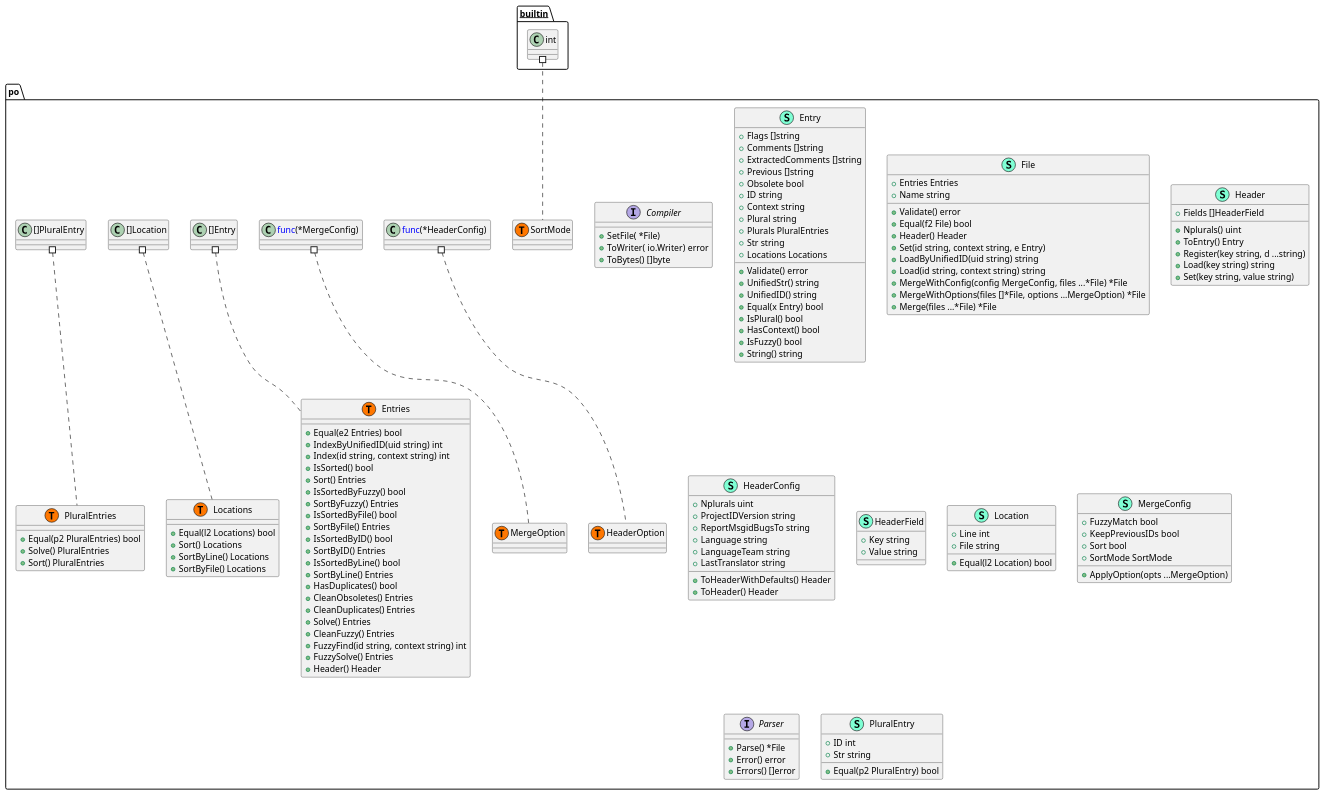
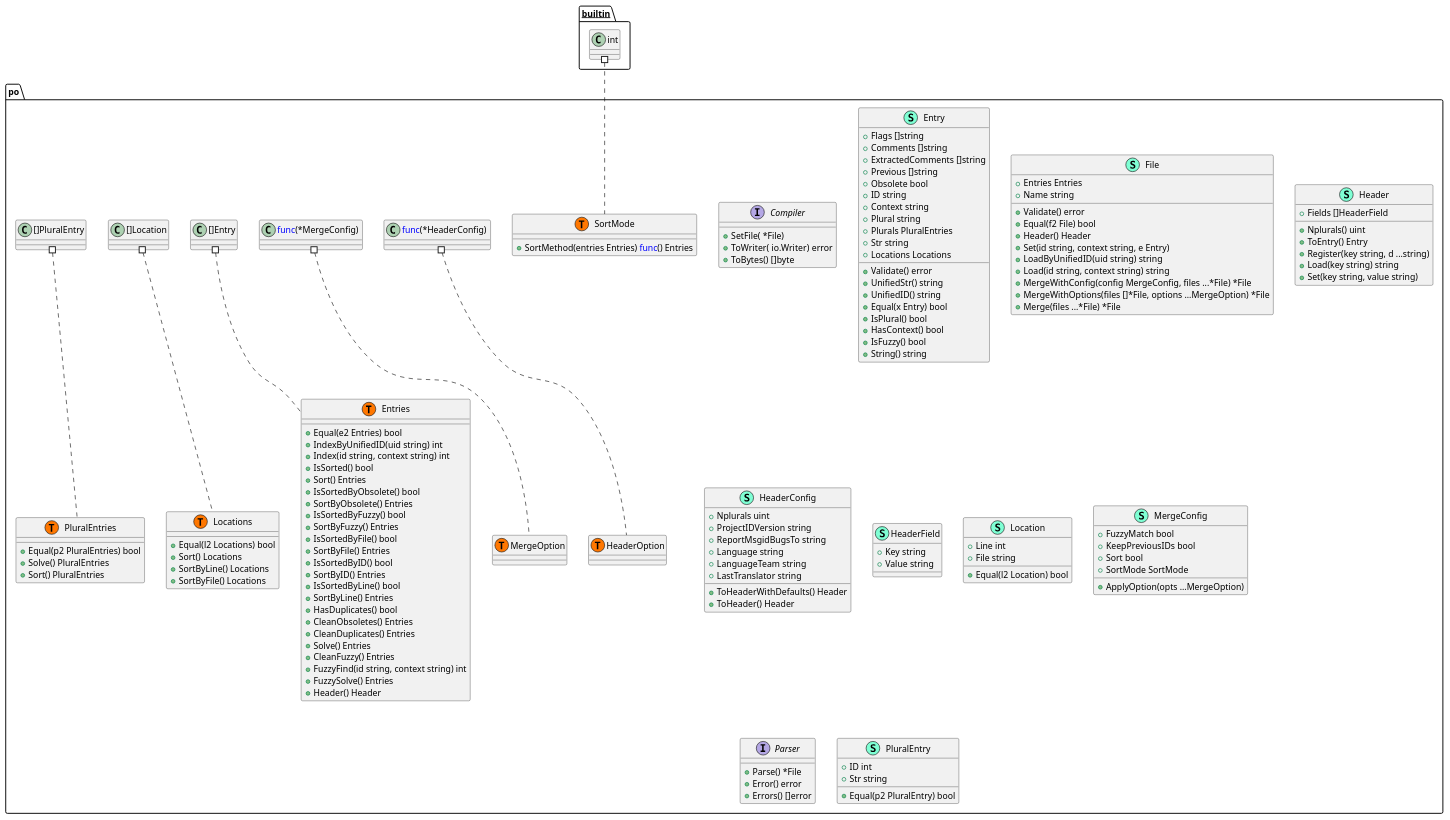
One commit to Tom5521/gotext-tools changed the diagram in pkg/po/structure.puml. Above: the diagram before and after it, drawn with PlantUML. The commit also changed 3 other files, not shown here.

Commit message:
docs: Update UML files

```diff
--- a/pkg/po/structure.puml
+++ b/pkg/po/structure.puml
@@ -1,161 +1,167 @@
 @startuml
 namespace po {
     interface Compiler  {
         + SetFile( *File) 
         + ToWriter( io.Writer) error
         + ToBytes() []byte
 
     }
     class Entries << (S,Aquamarine) >> {
         + Equal(e2 Entries) bool
         + IndexByUnifiedID(uid string) int
         + Index(id string, context string) int
         + IsSorted() bool
         + Sort() Entries
+        + IsSortedByObsolete() bool
+        + SortByObsolete() Entries
         + IsSortedByFuzzy() bool
         + SortByFuzzy() Entries
         + IsSortedByFile() bool
         + SortByFile() Entries
         + IsSortedByID() bool
         + SortByID() Entries
         + IsSortedByLine() bool
         + SortByLine() Entries
         + HasDuplicates() bool
         + CleanObsoletes() Entries
         + CleanDuplicates() Entries
         + Solve() Entries
         + CleanFuzzy() Entries
         + FuzzyFind(id string, context string) int
         + FuzzySolve() Entries
         + Header() Header
 
     }
     class Entry << (S,Aquamarine) >> {
         + Flags []string
         + Comments []string
         + ExtractedComments []string
         + Previous []string
         + Obsolete bool
         + ID string
         + Context string
         + Plural string
         + Plurals PluralEntries
         + Str string
         + Locations Locations
 
         + Validate() error
         + UnifiedStr() string
         + UnifiedID() string
         + Equal(x Entry) bool
         + IsPlural() bool
         + HasContext() bool
         + IsFuzzy() bool
         + String() string
 
     }
     class File << (S,Aquamarine) >> {
         + Entries Entries
         + Name string
 
         + Validate() error
         + Equal(f2 File) bool
         + Header() Header
         + Set(id string, context string, e Entry) 
         + LoadByUnifiedID(uid string) string
         + Load(id string, context string) string
         + MergeWithConfig(config MergeConfig, files ...*File) *File
         + MergeWithOptions(files []*File, options ...MergeOption) *File
         + Merge(files ...*File) *File
 
     }
     class Header << (S,Aquamarine) >> {
         + Fields []HeaderField
 
         + Nplurals() uint
         + ToEntry() Entry
         + Register(key string, d ...string) 
         + Load(key string) string
         + Set(key string, value string) 
 
     }
     class HeaderConfig << (S,Aquamarine) >> {
         + Nplurals uint
         + ProjectIDVersion string
         + ReportMsgidBugsTo string
         + Language string
         + LanguageTeam string
         + LastTranslator string
 
         + ToHeaderWithDefaults() Header
         + ToHeader() Header
 
     }
     class HeaderField << (S,Aquamarine) >> {
         + Key string
         + Value string
 
     }
     class Location << (S,Aquamarine) >> {
         + Line int
         + File string
 
         + Equal(l2 Location) bool
 
     }
     class Locations << (S,Aquamarine) >> {
         + Equal(l2 Locations) bool
         + Sort() Locations
         + SortByLine() Locations
         + SortByFile() Locations
 
     }
     class MergeConfig << (S,Aquamarine) >> {
         + FuzzyMatch bool
         + KeepPreviousIDs bool
         + Sort bool
         + SortMode SortMode
 
         + ApplyOption(opts ...MergeOption) 
 
     }
     interface Parser  {
         + Parse() *File
         + Error() error
         + Errors() []error
 
     }
     class PluralEntries << (S,Aquamarine) >> {
         + Equal(p2 PluralEntries) bool
         + Solve() PluralEntries
         + Sort() PluralEntries
 
     }
     class PluralEntry << (S,Aquamarine) >> {
         + ID int
         + Str string
 
         + Equal(p2 PluralEntry) bool
 
     }
+    class SortMode << (S,Aquamarine) >> {
+        + SortMethod(entries Entries) <font color=blue>func</font>() Entries
+
+    }
     class po.Entries << (T, #FF7700) >>  {
     }
     class po.HeaderOption << (T, #FF7700) >>  {
     }
     class po.Locations << (T, #FF7700) >>  {
     }
     class po.MergeOption << (T, #FF7700) >>  {
     }
     class po.PluralEntries << (T, #FF7700) >>  {
     }
     class po.SortMode << (T, #FF7700) >>  {
     }
 }
 
 
 "__builtin__.int" #.. "po.SortMode"
 "po.<font color=blue>func</font>(*HeaderConfig) " #.. "po.HeaderOption"
 "po.<font color=blue>func</font>(*MergeConfig) " #.. "po.MergeOption"
 "po.[]Entry" #.. "po.Entries"
 "po.[]Location" #.. "po.Locations"
 "po.[]PluralEntry" #.. "po.PluralEntries"
 @enduml
```
